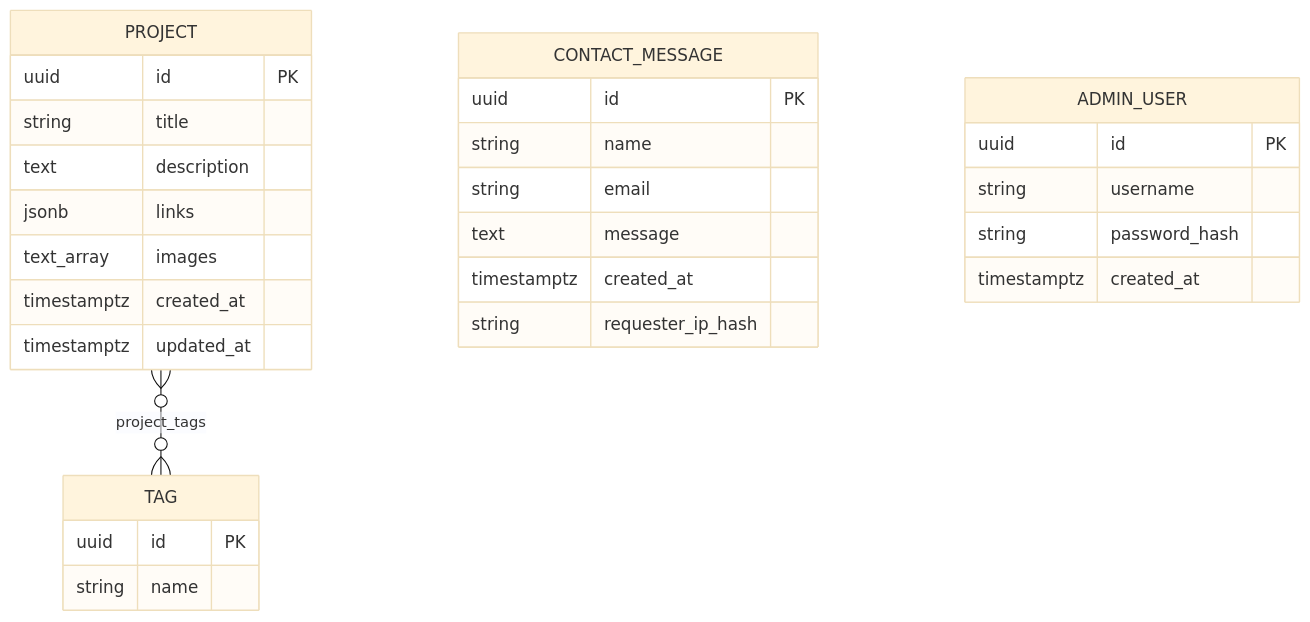
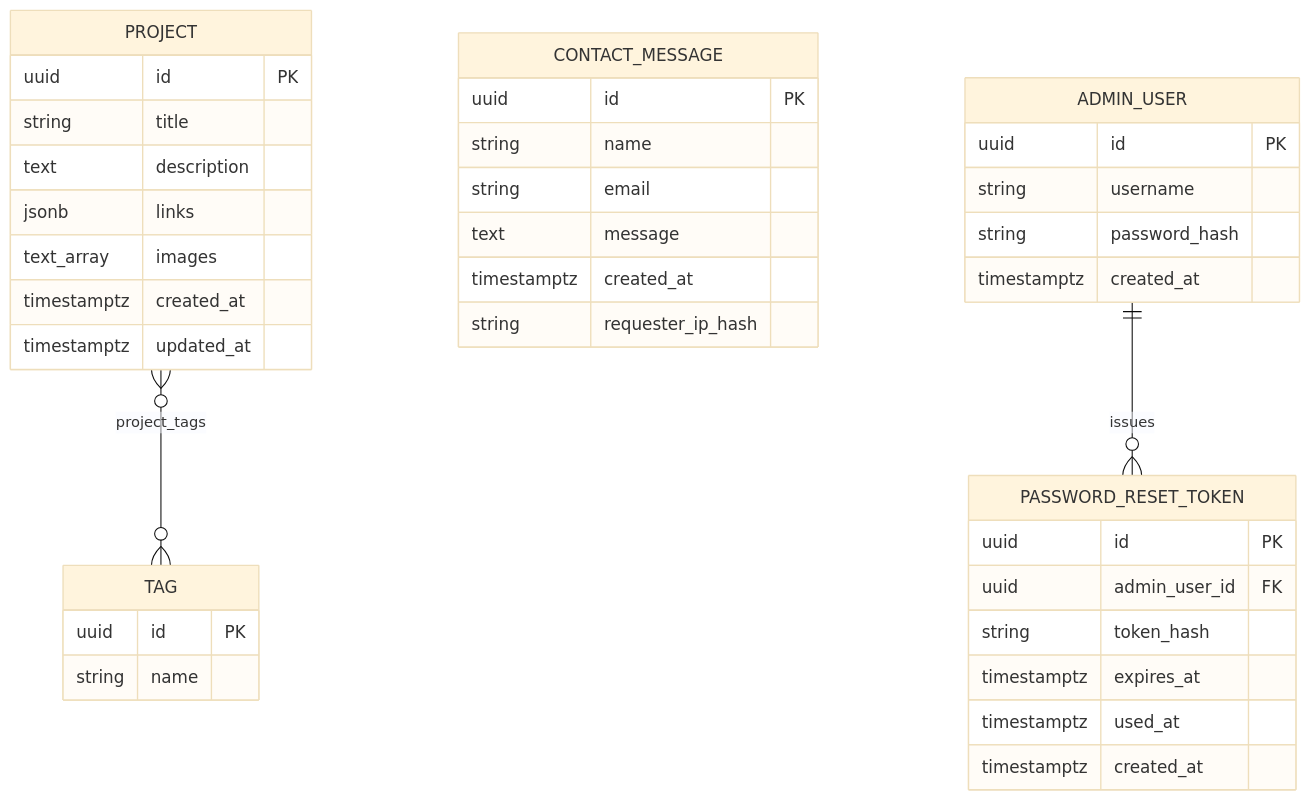
One commit to tarka1939/My_Site changed the first of 2 diagrams in docs/DATA_MODEL.md. Above: the diagram before and after it, drawn with Mermaid (base theme). The commit also changed other lines of this file and 4 other files, not shown here.

First line of the commit message:
Pre-Phase-1 review: confirm 9/14 foundational decisions, add password reset flow

````diff
--- a/docs/DATA_MODEL.md
+++ b/docs/DATA_MODEL.md
@@ -131,31 +144,40 @@
 ```mermaid
 erDiagram
     PROJECT }o--o{ TAG : "project_tags"
     PROJECT {
         uuid id PK
         string title
         text description
         jsonb links
         text_array images
         timestamptz created_at
         timestamptz updated_at
     }
     TAG {
         uuid id PK
         string name
     }
     CONTACT_MESSAGE {
         uuid id PK
         string name
         string email
         text message
         timestamptz created_at
         string requester_ip_hash
     }
     ADMIN_USER {
         uuid id PK
         string username
         string password_hash
         timestamptz created_at
     }
+    ADMIN_USER ||--o{ PASSWORD_RESET_TOKEN : "issues"
+    PASSWORD_RESET_TOKEN {
+        uuid id PK
+        uuid admin_user_id FK
+        string token_hash
+        timestamptz expires_at
+        timestamptz used_at
+        timestamptz created_at
+    }
 ```
````
